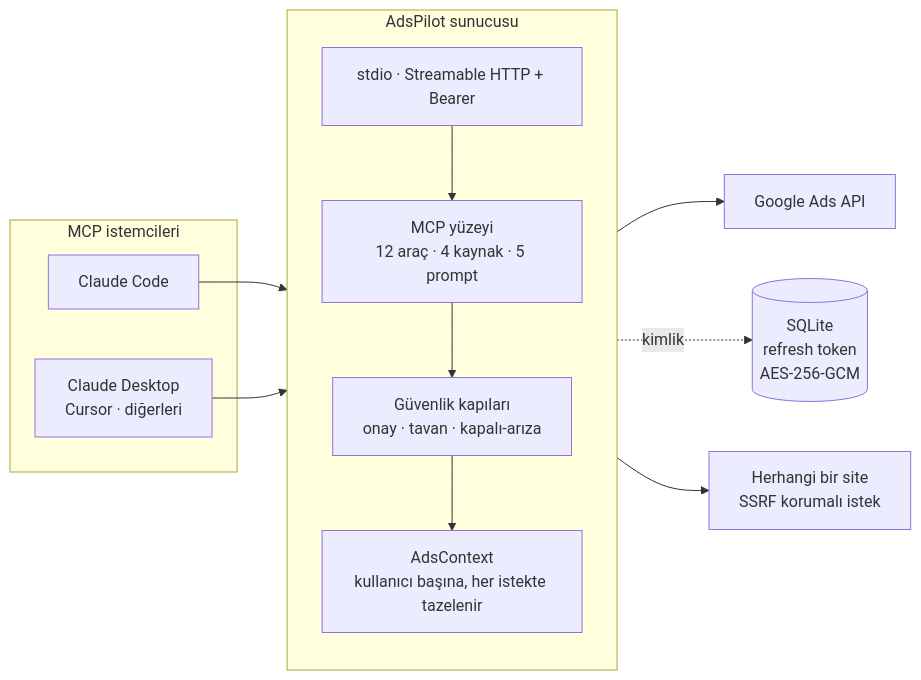
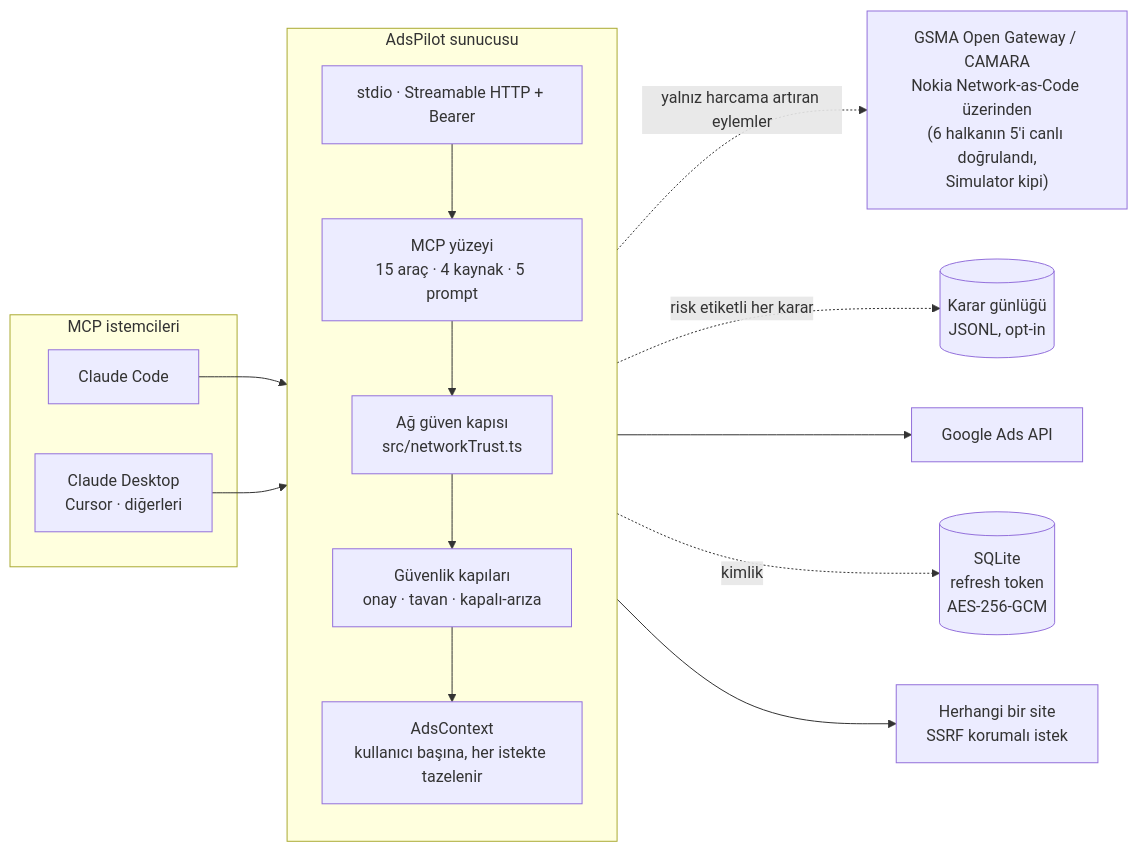
The third of 3 diagrams in README.tr.md (Xaena53/aegis), drawn with Mermaid before and after one commit. The commit also changed other lines of this file and 8 other files, not shown here.

````diff
--- a/README.tr.md
+++ b/README.tr.md
@@ -333,28 +347,34 @@
 ```mermaid
 flowchart LR
     subgraph clients["MCP istemcileri"]
         CC["Claude Code"]
         CD["Claude Desktop<br/>Cursor · diğerleri"]
     end
 
     subgraph server["AdsPilot sunucusu"]
         direction TB
         T["stdio · Streamable HTTP + Bearer"]
-        M["MCP yüzeyi<br/>12 araç · 4 kaynak · 5 prompt"]
+        M["MCP yüzeyi<br/>15 araç · 4 kaynak · 5 prompt"]
+        NT["Ağ güven kapısı<br/>src/networkTrust.ts"]
         SG["Güvenlik kapıları<br/>onay · tavan · kapalı-arıza"]
         AC["AdsContext<br/>kullanıcı başına, her istekte tazelenir"]
     end
 
     DB[("SQLite<br/>refresh token<br/>AES-256-GCM")]
     GA["Google Ads API"]
     WEB["Herhangi bir site<br/>SSRF korumalı istek"]
+    NAC["GSMA Open Gateway / CAMARA<br/>Nokia Network-as-Code üzerinden<br/>(6 halkanın 5'i canlı doğrulandı,<br/>Simulator kipi)"]
+    LOG[("Karar günlüğü<br/>JSONL, opt-in")]
 
     CC --> T
     CD --> T
     T --> M
-    M --> SG
+    M --> NT
+    NT -.yalnız harcama artıran eylemler.-> NAC
+    NT --> SG
+    NT -.risk etiketli her karar.-> LOG
     SG --> AC
     AC --> GA
     AC -.kimlik.-> DB
     M --> WEB
 ```
````
